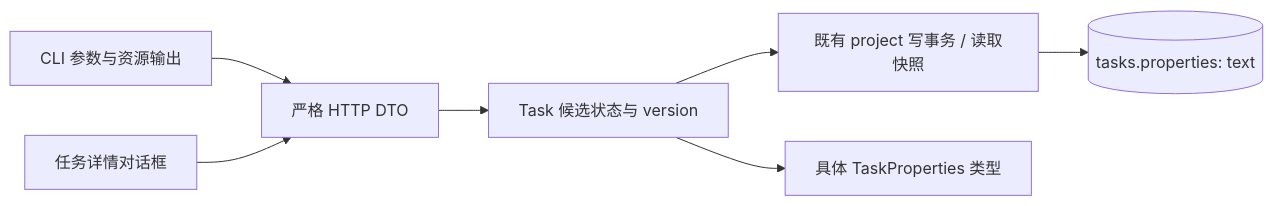
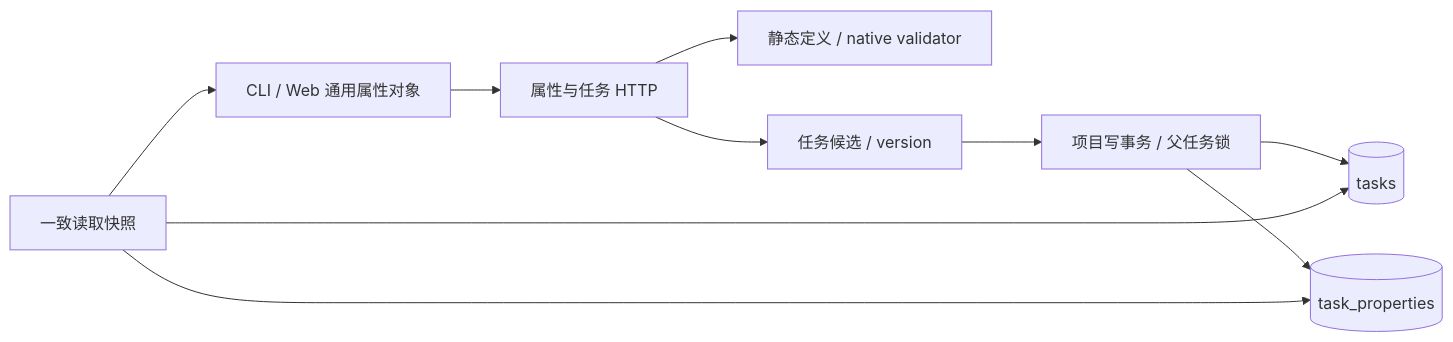
One commit to codetreker/daynight changed the diagram in docs/design/daynight-task-properties.md. Above: the diagram before and after it, drawn with Mermaid. The commit also changed other lines of this file and 175 other files, not shown here.

First line of the commit message:
feat: store task properties as independent values

````diff
--- a/docs/design/daynight-task-properties.md
+++ b/docs/design/daynight-task-properties.md
@@ -37,9 +9,12 @@
-```mermaid
+~~~mermaid
 flowchart LR
-  CLI[CLI 参数与资源输出] --> HTTP[严格 HTTP DTO]
-  Web[任务详情对话框] --> HTTP
-  HTTP --> Service[Task 候选状态与 version]
-  Service --> Store[既有 project 写事务 / 读取快照]
-  Store --> DB[(tasks.properties: text)]
-  Service --> Core[具体 TaskProperties 类型]
-```
+  Client[CLI / Web 通用属性对象] --> HTTP[属性与任务 HTTP]
+  HTTP --> Registry[静态定义 / native validator]
+  HTTP --> Service[任务候选 / version]
+  Service --> Tx[项目写事务 / 父任务锁]
+  Tx --> Tasks[(tasks)]
+  Tx --> Values[(task_properties)]
+  Read[一致读取快照] --> Tasks
+  Read --> Values
+  Read --> Client
+~~~
````
